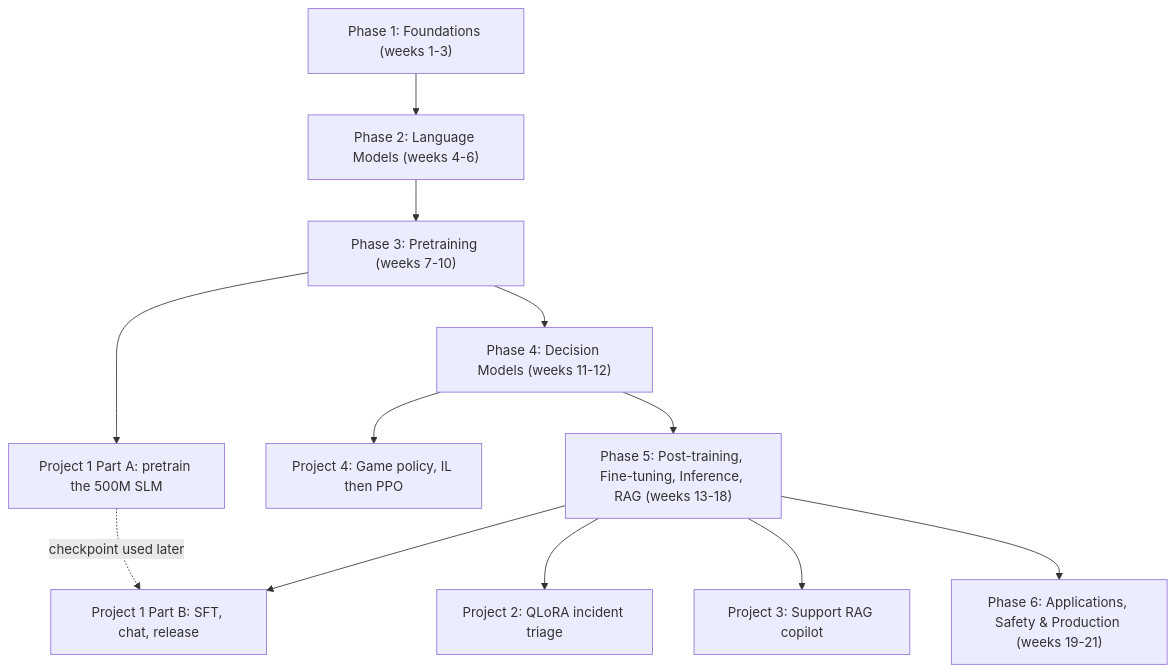
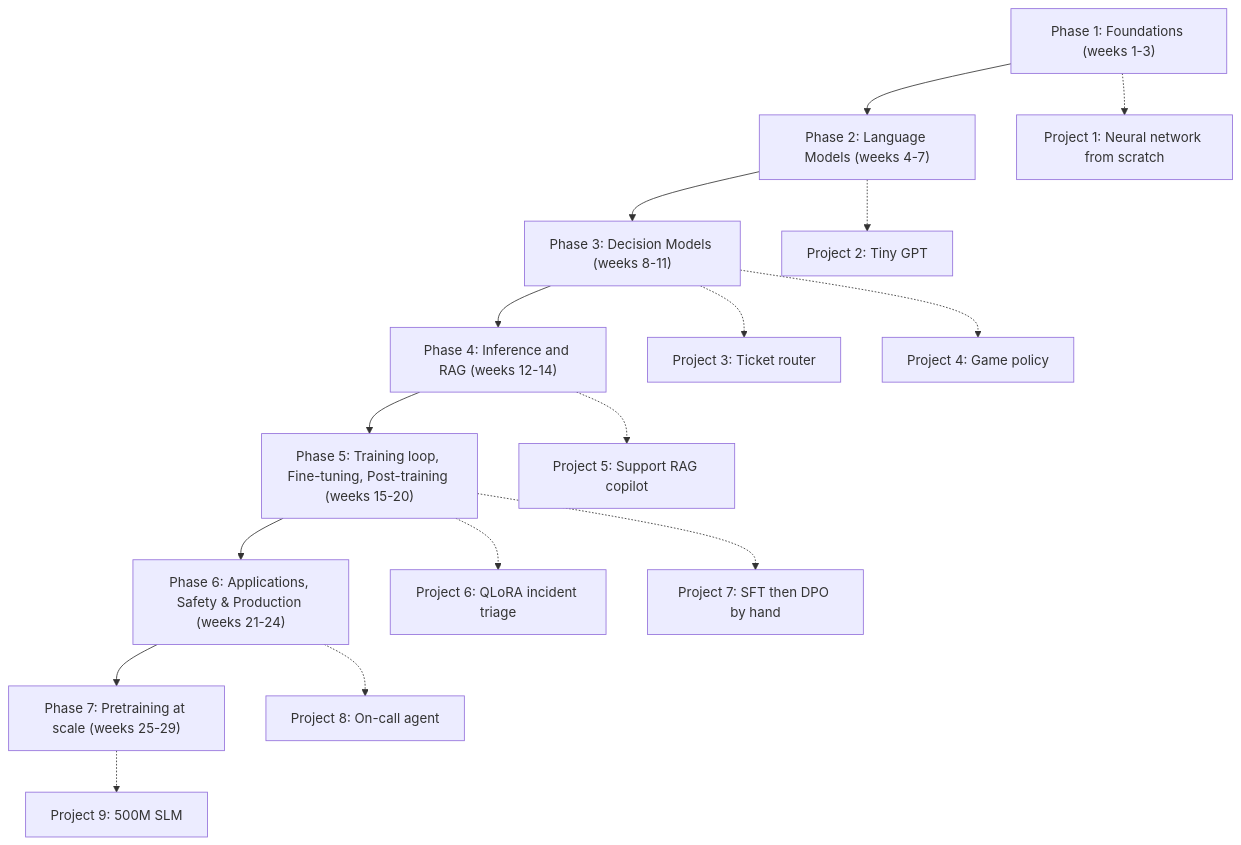
The diagram in docs/start/roadmap.md (vivek-rm-14286/llm-from-scratch), drawn with Mermaid before and after one commit. The commit also changed other lines of this file and 302 other files, not shown here.

````diff
--- a/docs/start/roadmap.md
+++ b/docs/start/roadmap.md
@@ -15,14 +15,18 @@
 ```mermaid
 flowchart TD
-    A["Phase 1: Foundations (weeks 1-3)"] --> B["Phase 2: Language Models (weeks 4-6)"]
-    B --> C["Phase 3: Pretraining (weeks 7-10)"]
-    C --> P1A["Project 1 Part A: pretrain the 500M SLM"]
-    C --> D["Phase 4: Decision Models (weeks 11-12)"]
-    D --> P4["Project 4: Game policy, IL then PPO"]
-    D --> E["Phase 5: Post-training, Fine-tuning, Inference, RAG (weeks 13-18)"]
-    E --> P1B["Project 1 Part B: SFT, chat, release"]
-    E --> P2["Project 2: QLoRA incident triage"]
-    E --> P3["Project 3: Support RAG copilot"]
-    E --> F["Phase 6: Applications, Safety & Production (weeks 19-21)"]
-    P1A -.->|"checkpoint used later"| P1B
+    A["Phase 1: Foundations (weeks 1-3)"] --> B["Phase 2: Language Models (weeks 4-7)"]
+    B --> C["Phase 3: Decision Models (weeks 8-11)"]
+    C --> D["Phase 4: Inference and RAG (weeks 12-14)"]
+    D --> E["Phase 5: Training loop, Fine-tuning, Post-training (weeks 15-20)"]
+    E --> F["Phase 6: Applications, Safety & Production (weeks 21-24)"]
+    F --> G["Phase 7: Pretraining at scale (weeks 25-29)"]
+    A -.-> P1["Project 1: Neural network from scratch"]
+    B -.-> P2["Project 2: Tiny GPT"]
+    C -.-> P3["Project 3: Ticket router"]
+    C -.-> P4["Project 4: Game policy"]
+    D -.-> P5["Project 5: Support RAG copilot"]
+    E -.-> P6["Project 6: QLoRA incident triage"]
+    E -.-> P7["Project 7: SFT then DPO by hand"]
+    F -.-> P8["Project 8: On-call agent"]
+    G -.-> P9["Project 9: 500M SLM"]
 ```
````
